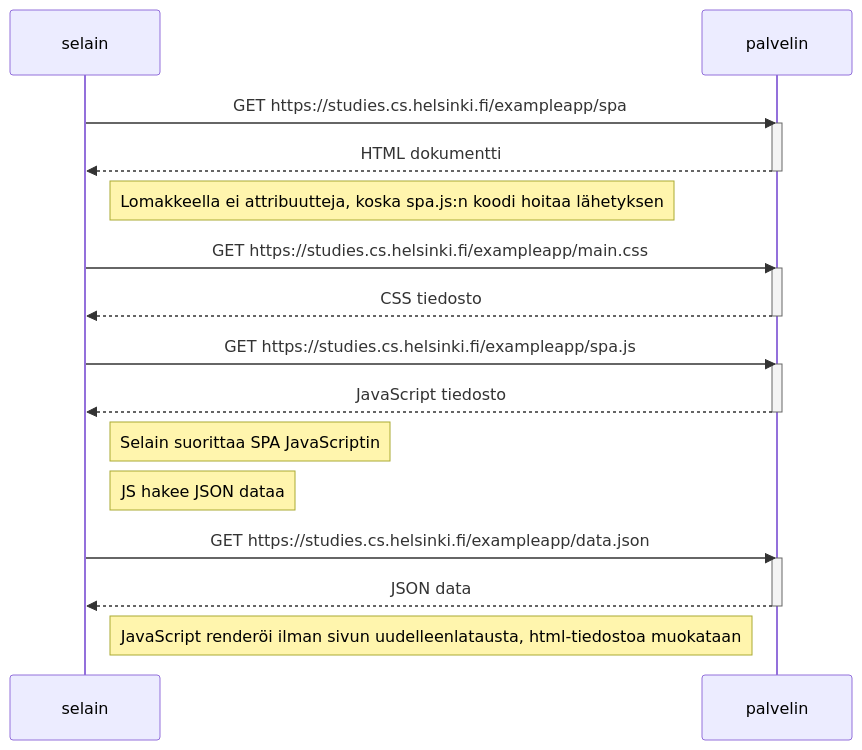
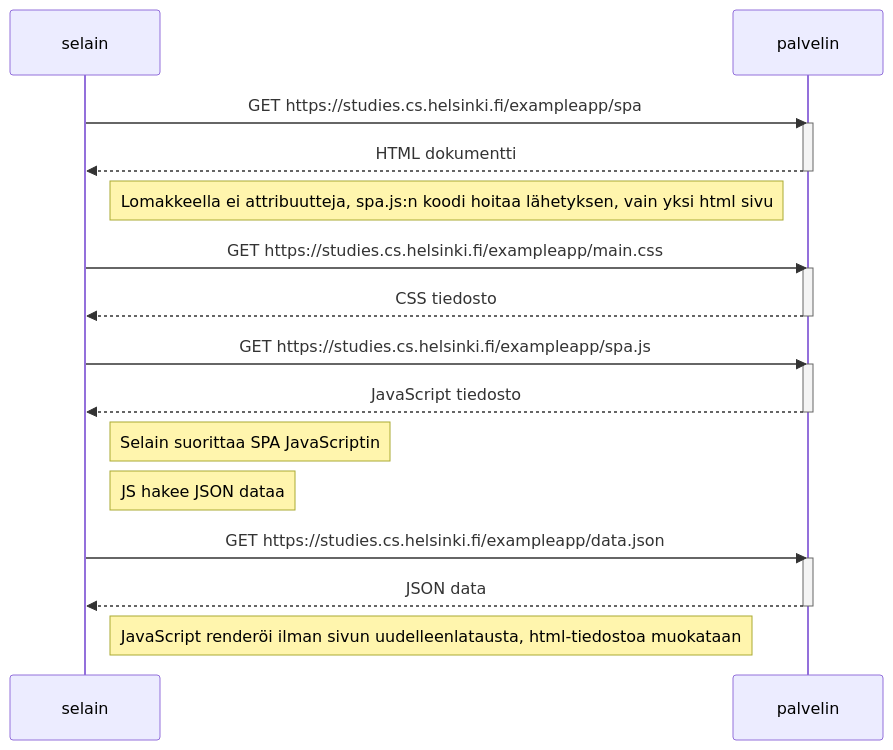
Before and after one commit to AnlemiTIV/FSO_Remote_1-13_AL: the diagram in FSO - Osa 0/Tehtava 0.5 - Single Page App/fso-0.5 kaavio.md, drawn with Mermaid. The commit also changed other lines of this file and 2 other files, not shown here.

Commit message:
Selvennystä 0.5 diagrammiin, 0.6 korjaukset (ChatGPT selvensi virheet), tarkistusta ja tallennus

````diff
--- a/FSO - Osa 0/Tehtava 0.5 - Single Page App/fso-0.5 kaavio.md
+++ b/FSO - Osa 0/Tehtava 0.5 - Single Page App/fso-0.5 kaavio.md
@@ -2,33 +5,33 @@
 ```mermaid
 sequenceDiagram
     participant selain
     participant palvelin
     
     selain->>palvelin: GET https://studies.cs.helsinki.fi/exampleapp/spa
     activate palvelin
     palvelin-->>selain: HTML dokumentti
     deactivate palvelin
 
-    Note right of selain: Lomakkeella ei attribuutteja, koska spa.js:n koodi hoitaa lähetyksen
+    Note right of selain: Lomakkeella ei attribuutteja, spa.js:n koodi hoitaa lähetyksen, vain yksi html sivu
     
     selain->>palvelin: GET https://studies.cs.helsinki.fi/exampleapp/main.css
     activate palvelin
     palvelin-->>selain: CSS tiedosto
     deactivate palvelin
     
     selain->>palvelin: GET https://studies.cs.helsinki.fi/exampleapp/spa.js
     activate palvelin
     palvelin-->>selain: JavaScript tiedosto
     deactivate palvelin
     
     Note right of selain: Selain suorittaa SPA JavaScriptin
 
     Note right of selain: JS hakee JSON dataa 
     
     selain->>palvelin: GET https://studies.cs.helsinki.fi/exampleapp/data.json
     activate palvelin
     palvelin-->>selain: JSON data
     deactivate palvelin   
 
     Note right of selain: JavaScript renderöi ilman sivun uudelleenlatausta, html-tiedostoa muokataan
 ```
````
